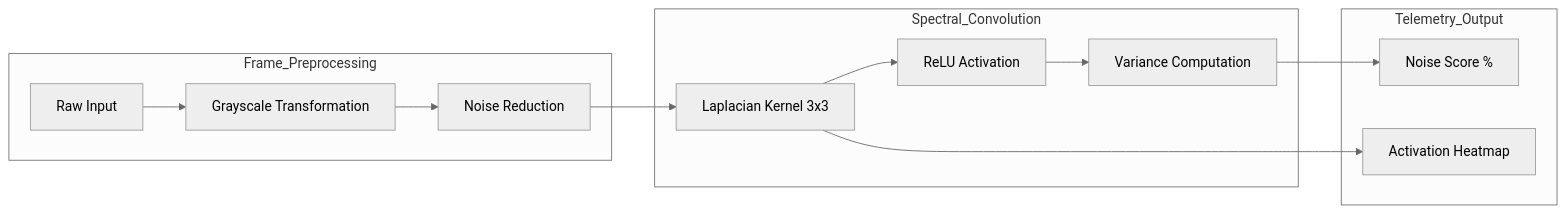
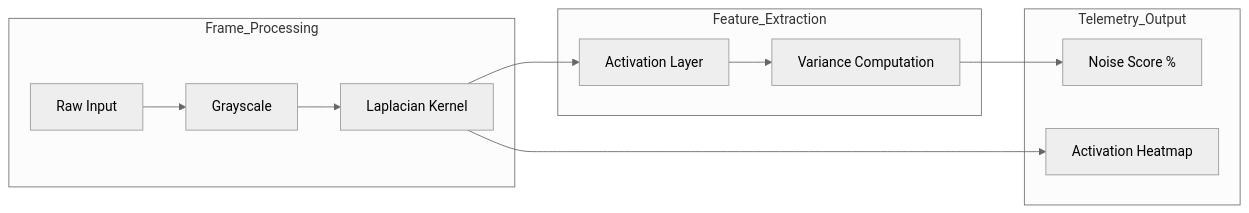
Before and after one commit to ritvikindupuri/FSD_Security: the second of 3 diagrams in documentation.md, drawn with Mermaid (neutral theme). The commit also changed other lines of this file and 2 other files, not shown here.

````diff
--- a/documentation.md
+++ b/documentation.md
@@ -75,18 +72,17 @@
 ```mermaid
 graph LR
-    subgraph Frame_Preprocessing
-    I[Raw Input] --> GS[Grayscale Transformation]
-    GS --> NR[Noise Reduction]
+    subgraph Frame_Processing
+    I[Raw Input] --> GS[Grayscale]
+    GS --> LT[Laplacian Kernel]
     end
     
-    subgraph Spectral_Convolution
-    NR --> LT[Laplacian Kernel 3x3]
-    LT --> AC[ReLU Activation]
+    subgraph Feature_Extraction
+    LT --> AC[Activation Layer]
     AC --> VAR[Variance Computation]
     end
     
     subgraph Telemetry_Output
     VAR --> NS[Noise Score %]
     LT --> HM[Activation Heatmap]
     end
 ```
````
